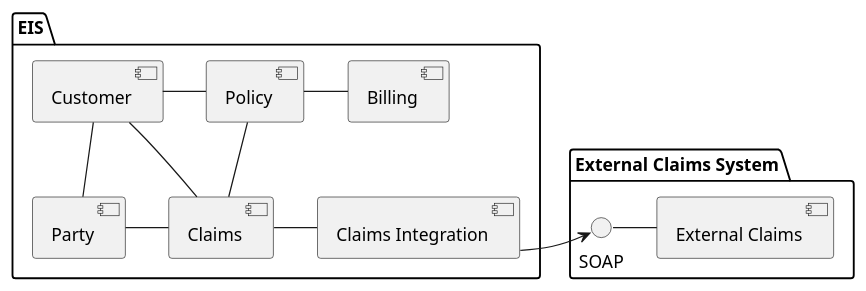
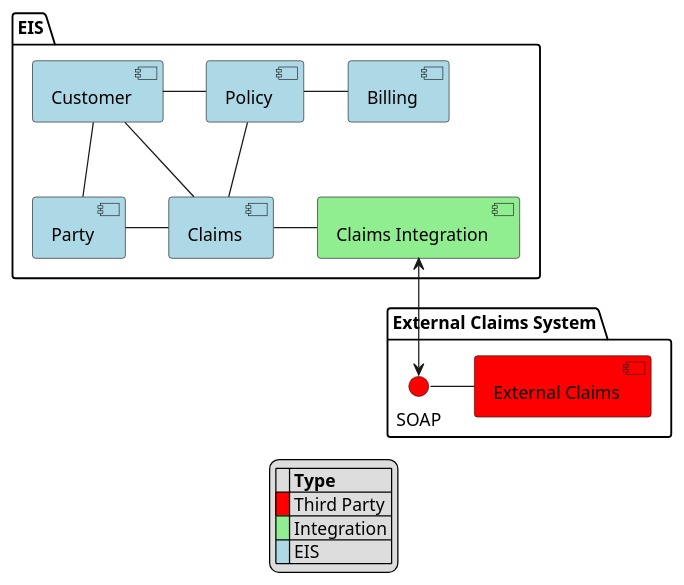
Before and after one commit to siarhei/java8: the diagram in architecture/src/main/resources/diagrams/ext-claim-int/high-level-component.puml, drawn with PlantUML. The commit also changed 10 other files, not shown here.

```diff
--- a/architecture/src/main/resources/diagrams/ext-claim-int/high-level-component.puml
+++ b/architecture/src/main/resources/diagrams/ext-claim-int/high-level-component.puml
@@ -1,27 +1,36 @@
 @startuml
 
 package "EIS" {
-    [Claims Integration] as ci
-    [Party] as party
-    [Claims] as claims
-    [Policy] as policy
-    [Customer] as crm
-    [Billing] as billing
+    [Claims Integration] as ci #lightgreen
+    [Party] as party #lightblue
+    [Claims] as claims #lightblue
+    [Policy] as policy #lightblue
+    [Customer] as crm #lightblue
+    [Billing] as billing #lightblue
 
 crm - policy
 crm -- party
 party - claims
 policy - claims
 crm - claims
 policy - billing
 claims - ci
 
 }
 
 package "External Claims System" {
-    SOAP - [External Claims]
+    interface SOAP #red
+    [External Claims] as extcl #red
 
-    ci -> SOAP
+    SOAP - extcl
+    ci <--> SOAP
 }
 
+legend
+|= |= Type |
+|<back:#red>   </back>| Third Party |
+|<back:#lightgreen>   </back>| Integration |
+|<back:#lightblue>   </back>| EIS |
+endlegend
+
 @enduml
```
